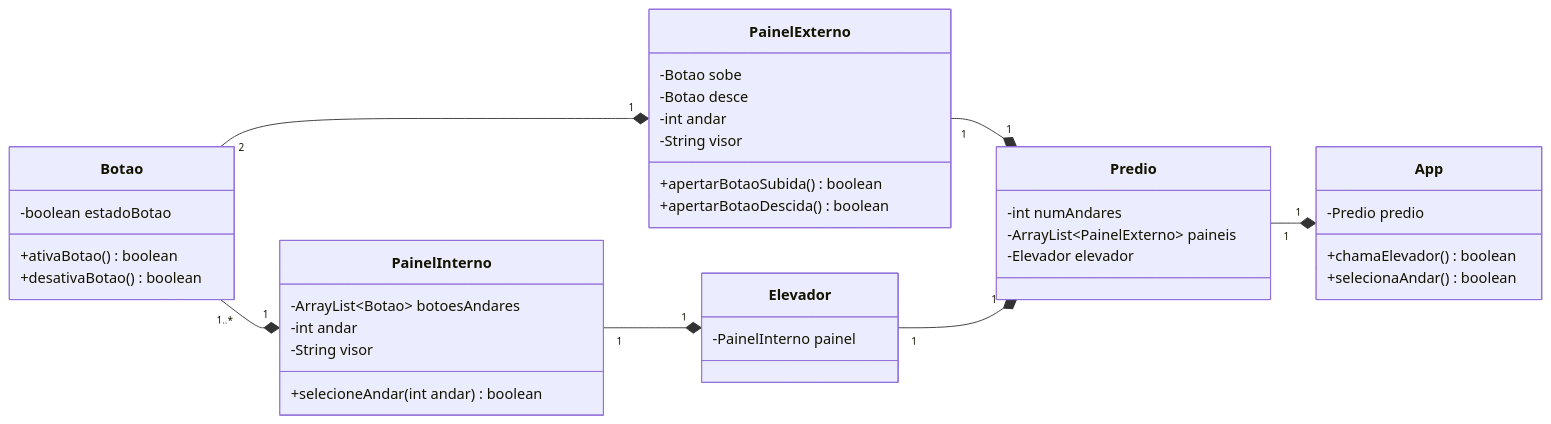
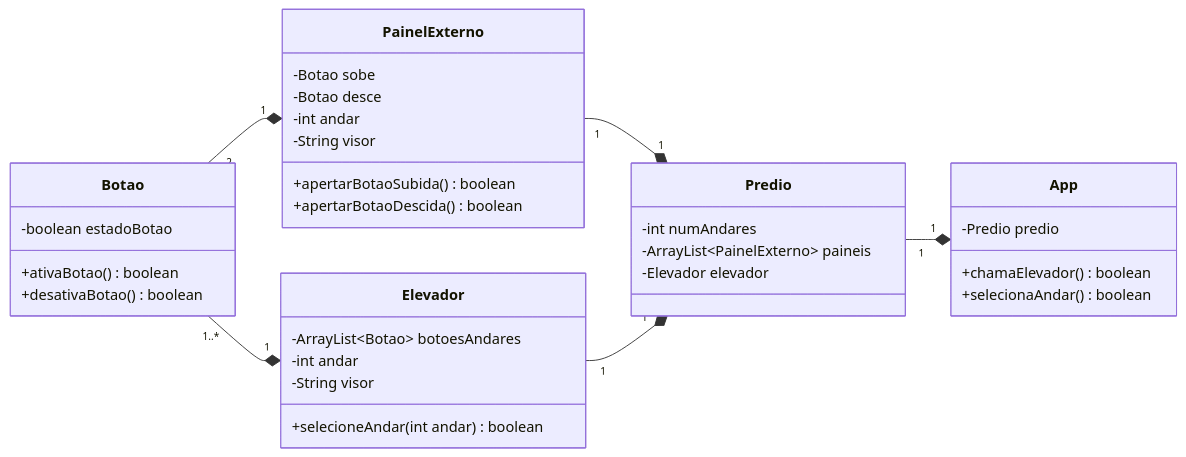
The diagram in Readme.md (vgguerra/Elevator-Simulator), drawn with Mermaid before and after one commit. The commit also changed 21 other files, not shown here.

````diff
--- a/Readme.md
+++ b/Readme.md
@@ -1,56 +1,51 @@
 ```mermaid
 classDiagram
     direction LR
     direction TD
 
     class Botao{
       -boolean estadoBotao
 
       +ativaBotao() boolean
       +desativaBotao() boolean
     }
 
     class PainelExterno{
       -Botao sobe
       -Botao desce
       -int andar
       -String visor
 
       +apertarBotaoSubida() boolean
       +apertarBotaoDescida() boolean
     }
 
-    class PainelInterno{
+    class Elevador{
       -ArrayList~Botao~ botoesAndares
       -int andar
       -String visor
 
       +selecioneAndar(int andar) boolean
-    }
-
-    class Elevador{
-      -PainelInterno painel
     }
 
 
     class Predio{
       -int numAndares
       -ArrayList~PainelExterno~ paineis
       -Elevador elevador
     }
 
     class App{
       -Predio predio
 
       +chamaElevador() boolean
       +selecionaAndar() boolean
     }
 
 
     Botao "2" --* "1" PainelExterno
-    Botao "1..*" --* "1" PainelInterno
-    PainelInterno "1" --* "1" Elevador
+    Botao "1..*" --* "1" Elevador
     PainelExterno "1" --* "1" Predio
     Elevador "1" --* "1" Predio    
     Predio "1" --* "1" App
 ```
````
